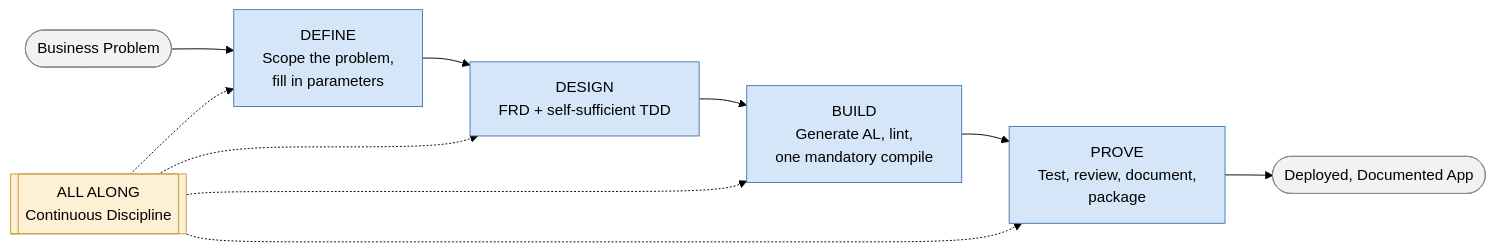
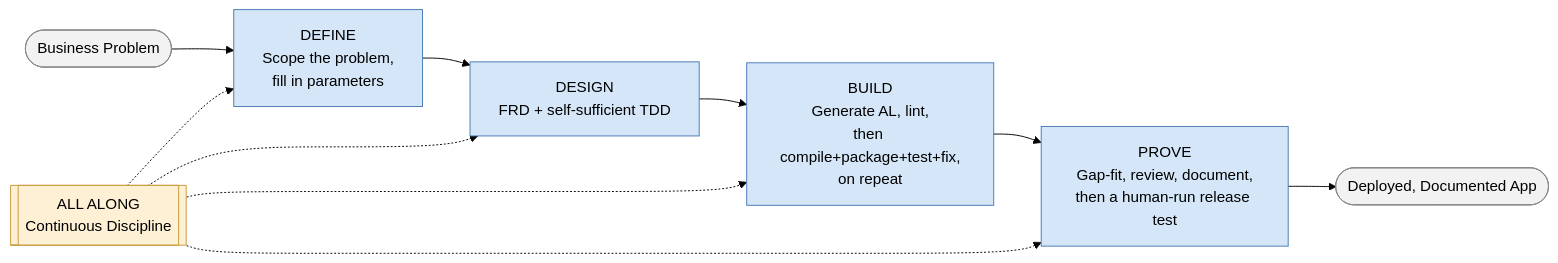
The first of 8 diagrams in RunbookSchematics.md (ajansari/ocpfBcAgenticDevFramework), drawn with Mermaid (forest theme) before and after one commit. The commit also changed other lines of this file and 3 other files, not shown here.

````diff
--- a/RunbookSchematics.md
+++ b/RunbookSchematics.md
@@ -35,21 +35,21 @@
 ```mermaid
 flowchart LR
     Problem(["Business Problem"]) --> DEFINE["DEFINE<br/>Scope the problem,<br/>fill in parameters"]
     DEFINE --> DESIGN["DESIGN<br/>FRD + self-sufficient TDD"]
-    DESIGN --> BUILD["BUILD<br/>Generate AL, lint,<br/>one mandatory compile"]
-    BUILD --> PROVE["PROVE<br/>Test, review, document,<br/>package"]
+    DESIGN --> BUILD["BUILD<br/>Generate AL, lint,<br/>then compile+package+test+fix,<br/>on repeat"]
+    BUILD --> PROVE["PROVE<br/>Gap-fit, review, document,<br/>then a human-run release test"]
     PROVE --> Deployed(["Deployed, Documented App"])
 
     AllAlong[["ALL ALONG<br/>Continuous Discipline"]]
     AllAlong -.-> DEFINE
     AllAlong -.-> DESIGN
     AllAlong -.-> BUILD
     AllAlong -.-> PROVE
 
     classDef phase fill:#d4e6f7,stroke:#4a7ab5,stroke-width:1px;
     classDef endpoint fill:#f2f2f2,stroke:#888,stroke-width:1px;
     classDef allalong fill:#fdf0d5,stroke:#c99a3a,stroke-width:1px;
     class DEFINE,DESIGN,BUILD,PROVE phase;
     class Problem,Deployed endpoint;
     class AllAlong allalong;
 ```
````
